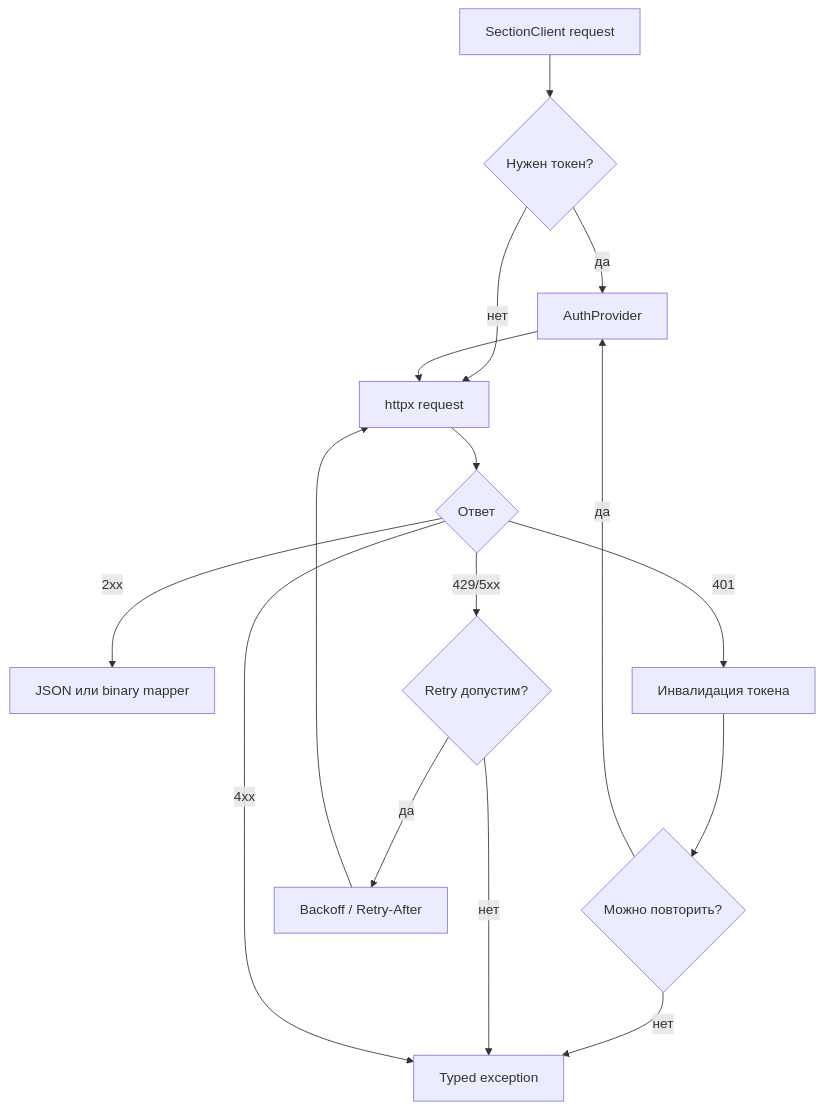
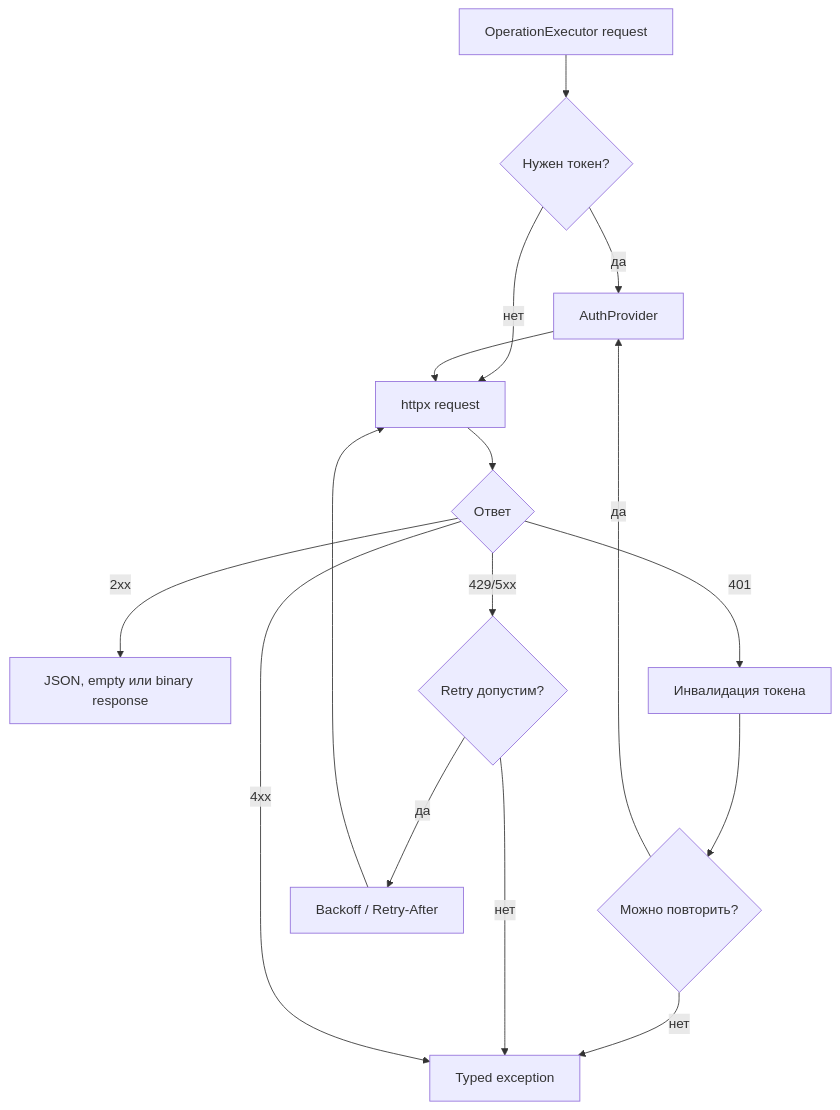
Before and after one commit to p141592/avito_python_api: the diagram in docs/site/explanations/transport-and-retries.md, drawn with Mermaid. The commit also changed other lines of this file and 13 other files, not shown here.

````diff
--- a/docs/site/explanations/transport-and-retries.md
+++ b/docs/site/explanations/transport-and-retries.md
@@ -5,18 +7,18 @@
 ```mermaid
 flowchart TD
-    call[SectionClient request] --> auth{Нужен токен?}
+    call[OperationExecutor request] --> auth{Нужен токен?}
     auth -- да --> token[AuthProvider]
     auth -- нет --> send[httpx request]
     token --> send
     send --> status{Ответ}
-    status -- 2xx --> map[JSON или binary mapper]
+    status -- 2xx --> map[JSON, empty или binary response]
     status -- 401 --> refresh[Инвалидация токена]
     refresh --> retry401{Можно повторить?}
     retry401 -- да --> token
     retry401 -- нет --> error[Typed exception]
     status -- 429/5xx --> retry{Retry допустим?}
     retry -- да --> wait[Backoff / Retry-After]
     wait --> send
     retry -- нет --> error
     status -- 4xx --> error
 ```
````
